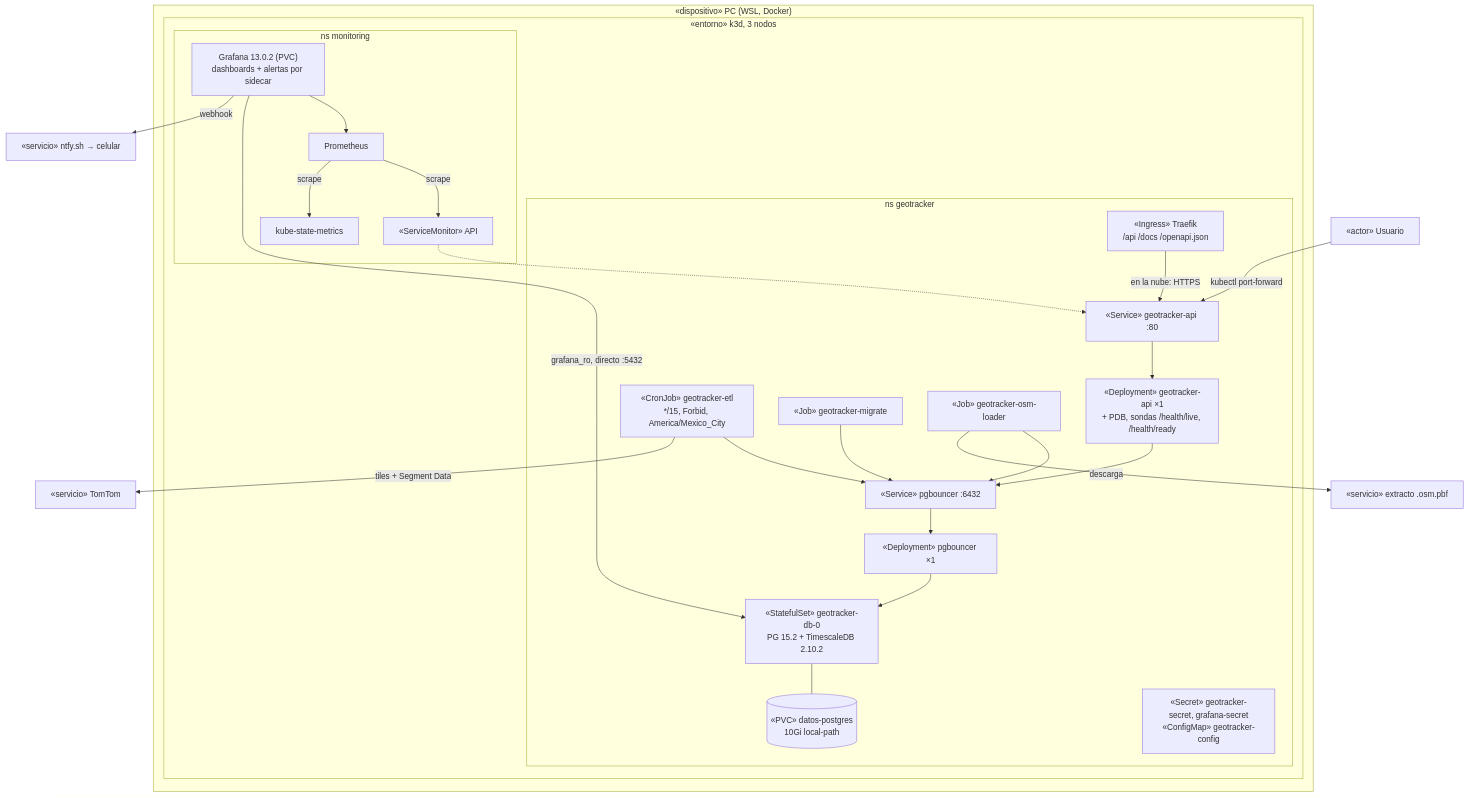
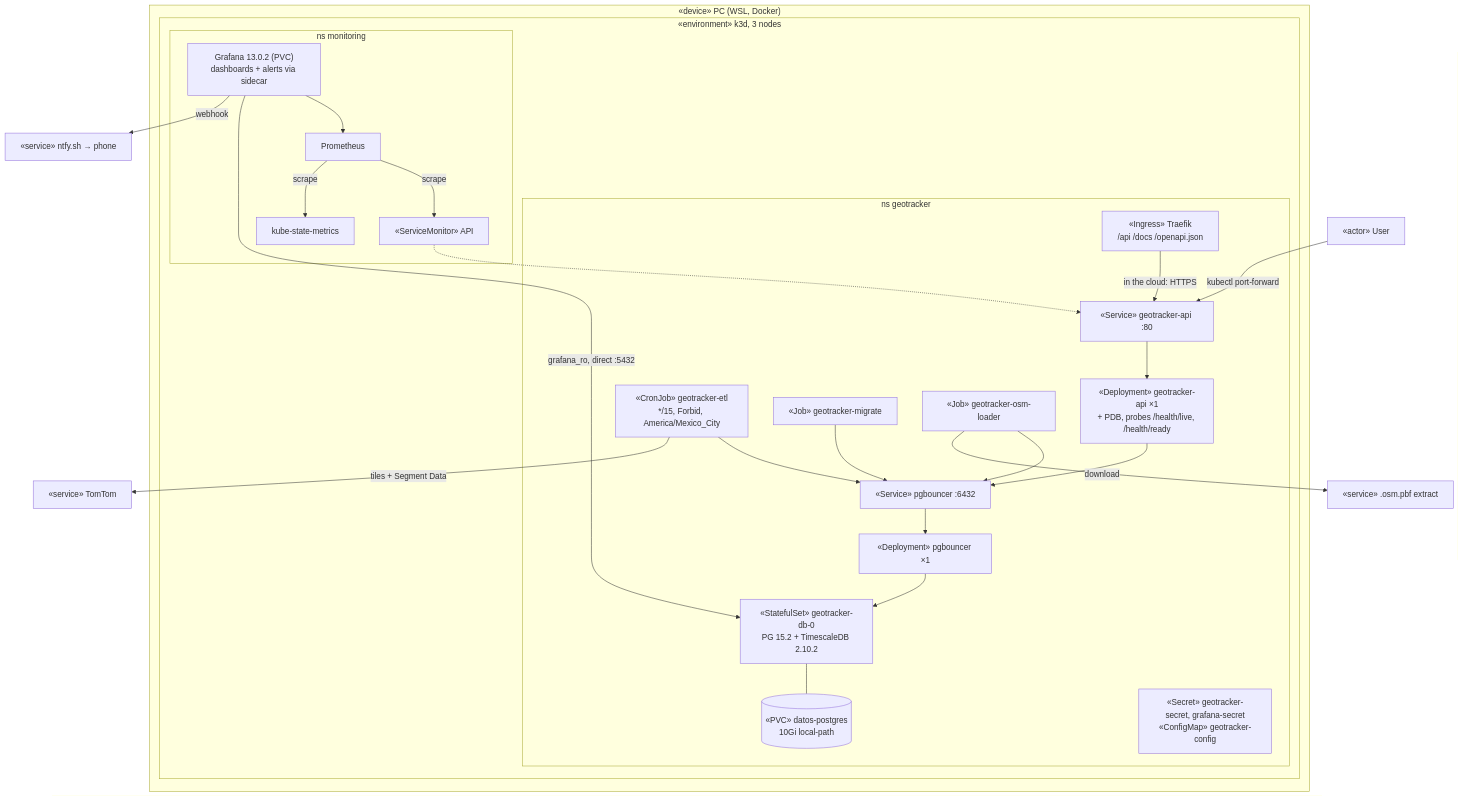
The first of 2 diagrams in docs/KUBERNETES.md (alejandro-araujo-orellana/geoTracker), drawn with Mermaid before and after one commit. The commit also changed other lines of this file and 16 other files, not shown here.

````diff
--- a/docs/KUBERNETES.md
+++ b/docs/KUBERNETES.md
@@ -159,45 +159,45 @@
 ```mermaid
 flowchart TB
-    subgraph HOST["«dispositivo» PC (WSL, Docker)"]
-        subgraph K3D["«entorno» k3d, 3 nodos"]
+    subgraph HOST["«device» PC (WSL, Docker)"]
+        subgraph K3D["«environment» k3d, 3 nodes"]
             subgraph NSG["ns geotracker"]
                 ING["«Ingress» Traefik<br/>/api /docs /openapi.json"]
                 APIS["«Service» geotracker-api :80"]
-                API["«Deployment» geotracker-api ×1<br/>+ PDB, sondas /health/live, /health/ready"]
+                API["«Deployment» geotracker-api ×1<br/>+ PDB, probes /health/live, /health/ready"]
                 PGBS["«Service» pgbouncer :6432"]
                 PGB["«Deployment» pgbouncer ×1"]
                 DB["«StatefulSet» geotracker-db-0<br/>PG 15.2 + TimescaleDB 2.10.2"]
                 PVC[("«PVC» datos-postgres<br/>10Gi local-path")]
                 ETL["«CronJob» geotracker-etl<br/>*/15, Forbid, America/Mexico_City"]
                 MIGJ["«Job» geotracker-migrate"]
                 OSMJ["«Job» geotracker-osm-loader"]
                 SEC["«Secret» geotracker-secret, grafana-secret<br/>«ConfigMap» geotracker-config"]
             end
             subgraph NSM["ns monitoring"]
                 PROM["Prometheus"]
                 KSM["kube-state-metrics"]
-                GRAF["Grafana 13.0.2 (PVC)<br/>dashboards + alertas por sidecar"]
+                GRAF["Grafana 13.0.2 (PVC)<br/>dashboards + alerts via sidecar"]
                 SM["«ServiceMonitor» API"]
             end
         end
     end
-    CEL["«actor» Usuario"]
-    TT["«servicio» TomTom"]
-    NTFY["«servicio» ntfy.sh → celular"]
-    GEO["«servicio» extracto .osm.pbf"]
+    CEL["«actor» User"]
+    TT["«service» TomTom"]
+    NTFY["«service» ntfy.sh → phone"]
+    GEO["«service» .osm.pbf extract"]
 
     CEL -->|kubectl port-forward| APIS
-    ING -->|"en la nube: HTTPS"| APIS
+    ING -->|"in the cloud: HTTPS"| APIS
     APIS --> API --> PGBS --> PGB --> DB --- PVC
     ETL --> PGBS
     MIGJ --> PGBS
     OSMJ --> PGBS
     ETL -->|tiles + Segment Data| TT
-    OSMJ -->|descarga| GEO
+    OSMJ -->|download| GEO
     SM -.-> APIS
     PROM -->|scrape| SM
     PROM -->|scrape| KSM
     GRAF --> PROM
-    GRAF -->|grafana_ro, directo :5432| DB
+    GRAF -->|grafana_ro, direct :5432| DB
     GRAF -->|webhook| NTFY
 ```
````
